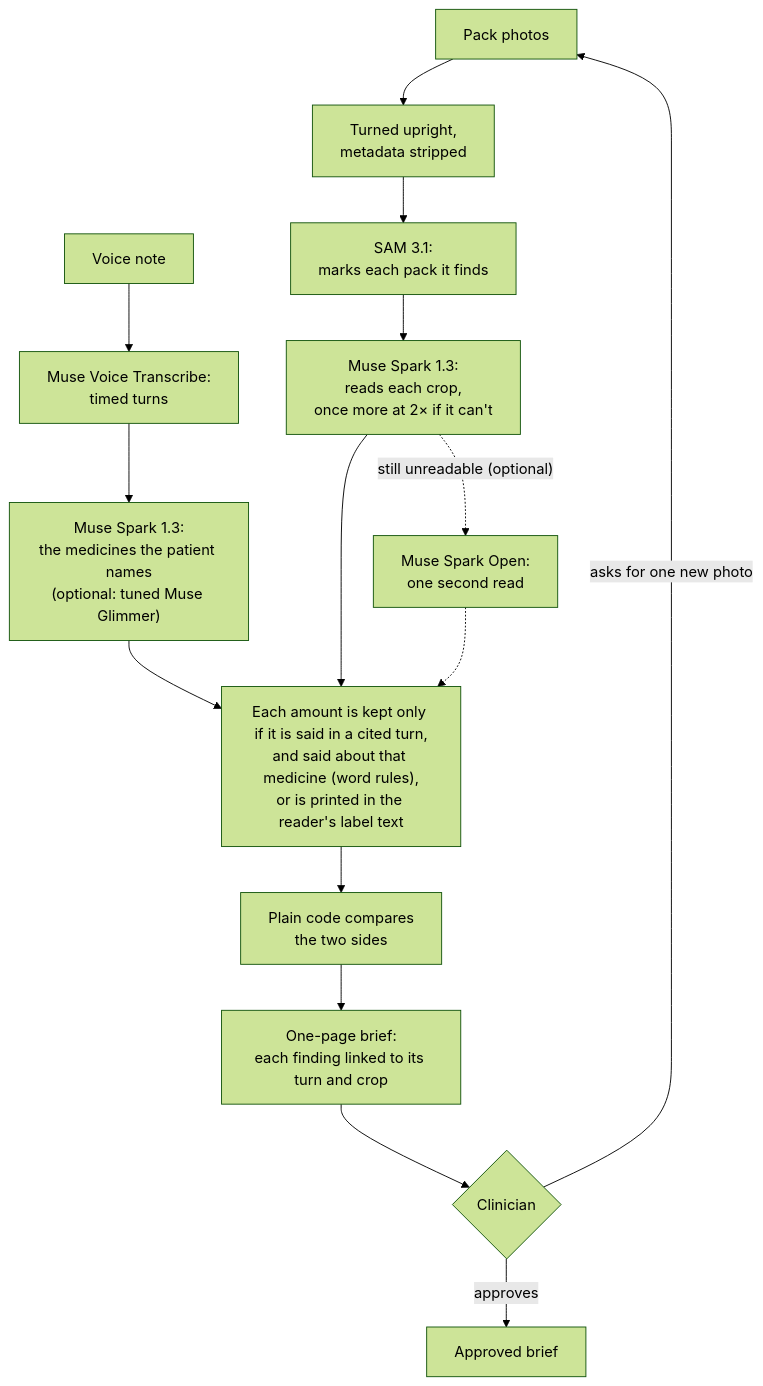
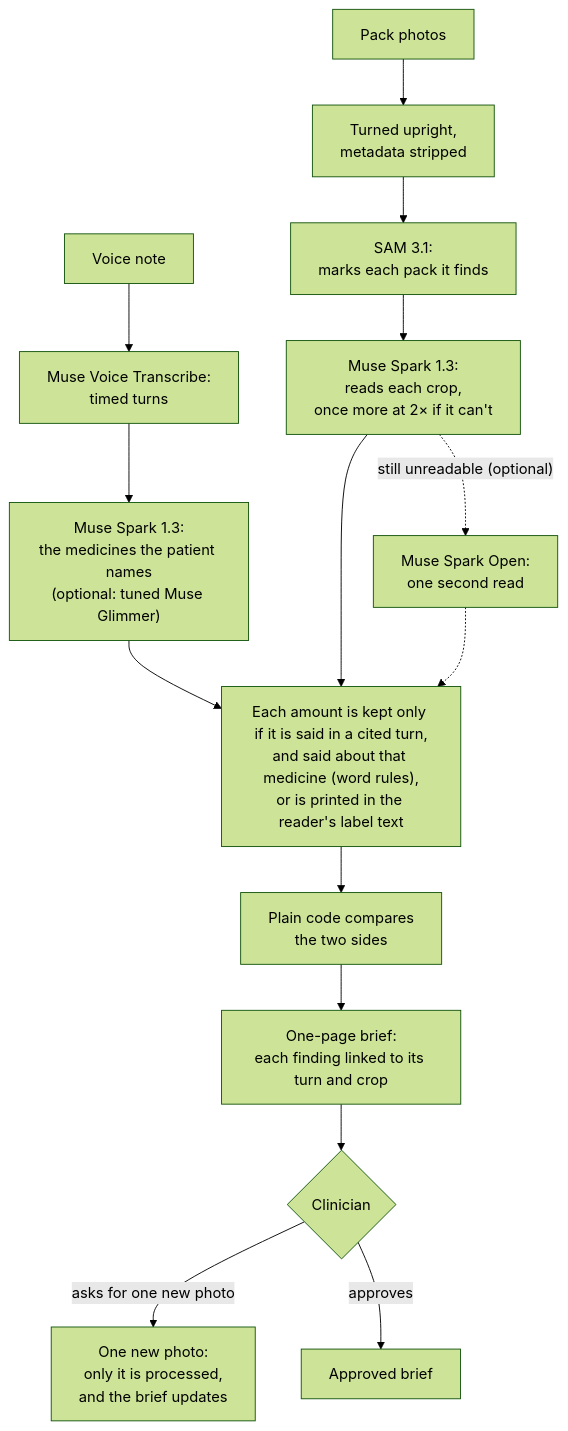
The diagram in README.md (DrAhmed7887/anamnesis), drawn with Mermaid (forest theme) before and after one commit.

Commit message:
docs(readme): the clinician's photo request ends in its own box
GitHub's renderer broke the diagram's one loop at a different edge than
Mermaid does locally, so the photo chain hung below the clinician. With
no loop, both inputs start at the top in any renderer.

````diff
--- a/README.md
+++ b/README.md
@@ -48,17 +48,17 @@
 ```mermaid
 flowchart TD
     photo["Pack photos"] --> clean["Turned upright,<br/>metadata stripped"]
     clean --> sam["SAM 3.1:<br/>marks each pack it finds"]
     sam --> rd["Muse Spark 1.3:<br/>reads each crop,<br/>once more at 2× if it can't"]
     rd -.->|"still unreadable (optional)"| rd2["Muse Spark Open:<br/>one second read"]
     voice["Voice note"] --> vt["Muse Voice Transcribe:<br/>timed turns"]
     vt --> cx["Muse Spark 1.3:<br/>the medicines the patient names<br/>(optional: tuned Muse Glimmer)"]
     cx --> st["Each amount is kept only if it is said in a cited turn,<br/>and said about that medicine (word rules),<br/>or is printed in the reader's label text"]
     rd --> st
     rd2 -.-> st
     st --> cmp["Plain code compares<br/>the two sides"]
     cmp --> brief["One-page brief:<br/>each finding linked to its turn and crop"]
     brief --> doc{"Clinician"}
-    doc -- "asks for one new photo" --> photo
+    doc -- "asks for one new photo" --> again["One new photo:<br/>only it is processed,<br/>and the brief updates"]
     doc -- "approves" --> signed["Approved brief"]
 ```
````
